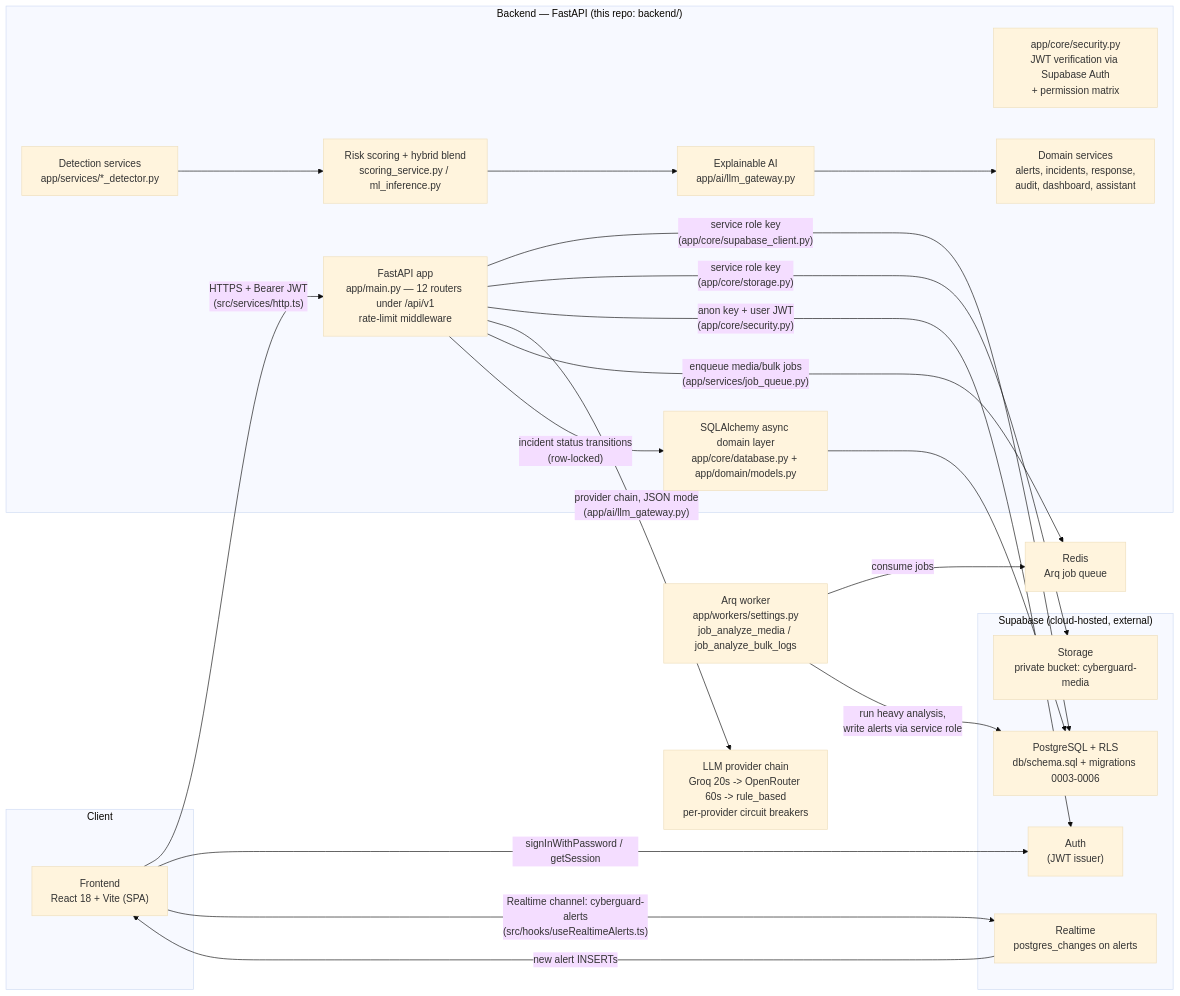
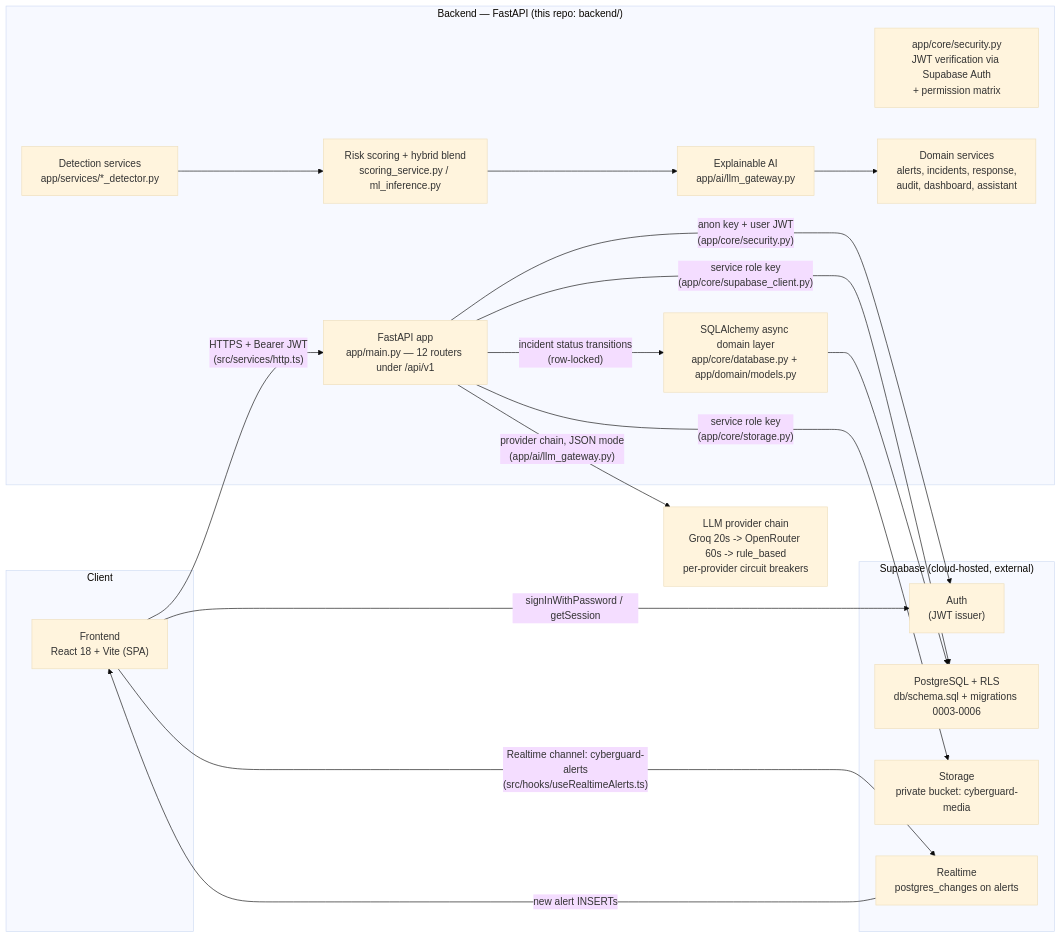
Before and after one commit to chandan000000001/Hack_thon_bput: the diagram in backend/docs/architecture.md, drawn with Mermaid (base theme). The commit also changed other lines of this file and 52 other files, not shown here.

````diff
--- a/backend/docs/architecture.md
+++ b/backend/docs/architecture.md
@@ -7,41 +7,36 @@
 ```mermaid
 flowchart LR
     subgraph Client
         FE["Frontend\nReact 18 + Vite (SPA)"]
     end
 
     subgraph Backend["Backend — FastAPI (this repo: backend/)"]
-        API["FastAPI app\napp/main.py — 12 routers under /api/v1\nrate-limit middleware"]
+        API["FastAPI app\napp/main.py — 12 routers under /api/v1"]
         SEC["app/core/security.py\nJWT verification via Supabase Auth\n+ permission matrix"]
         DET["Detection services\napp/services/*_detector.py"]
         SCORE["Risk scoring + hybrid blend\nscoring_service.py / ml_inference.py"]
         XAI["Explainable AI\napp/ai/llm_gateway.py"]
         SVC["Domain services\nalerts, incidents, response,\naudit, dashboard, assistant"]
         DBL["SQLAlchemy async domain layer\napp/core/database.py + app/domain/models.py"]
     end
 
     subgraph Supabase["Supabase (cloud-hosted, external)"]
         AUTH["Auth\n(JWT issuer)"]
         DB["PostgreSQL + RLS\ndb/schema.sql + migrations 0003-0006"]
         STO["Storage\nprivate bucket: cyberguard-media"]
         RT["Realtime\npostgres_changes on alerts"]
     end
 
     LLM["LLM provider chain\nGroq 20s -> OpenRouter 60s -> rule_based\nper-provider circuit breakers"]
-    REDIS["Redis\nArq job queue"]
-    WORKER["Arq worker\napp/workers/settings.py\njob_analyze_media / job_analyze_bulk_logs"]
 
     FE -- "HTTPS + Bearer JWT\n(src/services/http.ts)" --> API
     FE -- "signInWithPassword / getSession" --> AUTH
     FE -- "Realtime channel: cyberguard-alerts\n(src/hooks/useRealtimeAlerts.ts)" --> RT
     API -- "service role key\n(app/core/supabase_client.py)" --> DB
     API -- "service role key\n(app/core/storage.py)" --> STO
     API -- "anon key + user JWT\n(app/core/security.py)" --> AUTH
     API -- "provider chain, JSON mode\n(app/ai/llm_gateway.py)" --> LLM
-    API -- "enqueue media/bulk jobs\n(app/services/job_queue.py)" --> REDIS
-    WORKER -- "consume jobs" --> REDIS
-    WORKER -- "run heavy analysis,\nwrite alerts via service role" --> DB
     API -- "incident status transitions\n(row-locked)" --> DBL --> DB
     DET --> SCORE --> XAI --> SVC
     RT -- "new alert INSERTs" --> FE
 ```
````
